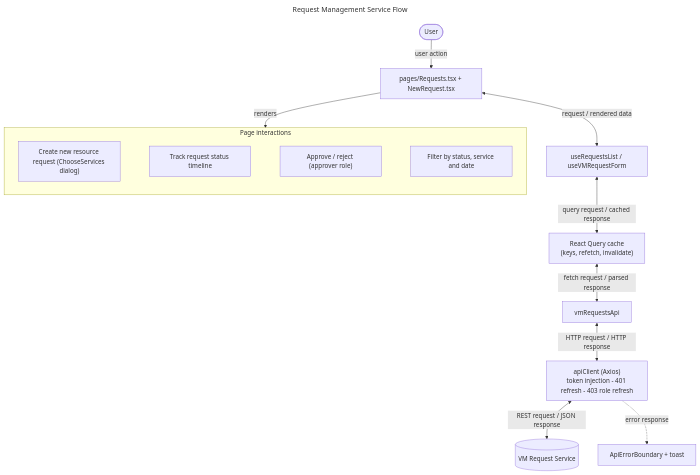
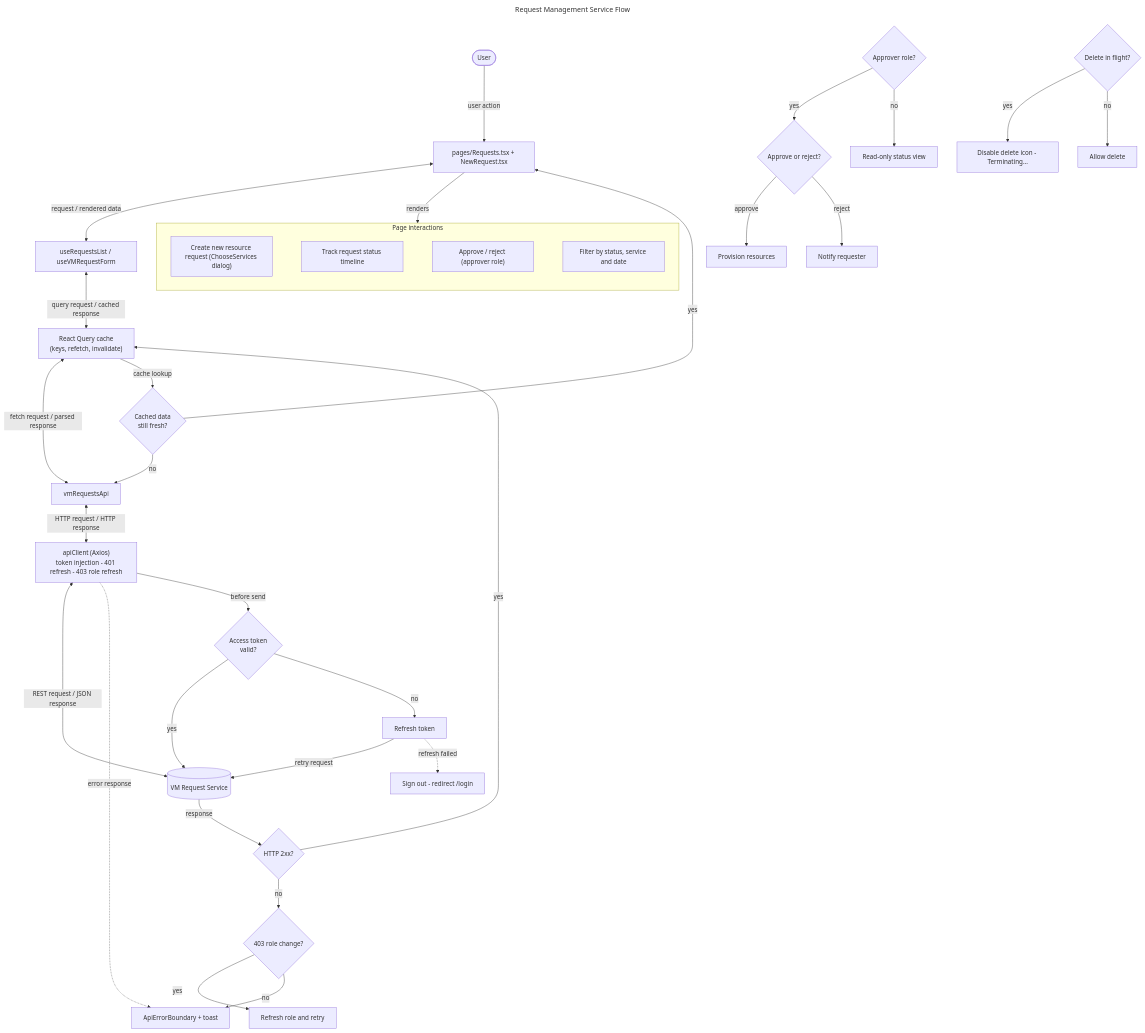
The diagram in docs/flowcharts/requests.mmd (sayeeduddinofficial/user-table-view), drawn with Mermaid before and after one commit. The commit also changed 18 other files, not shown here.

```diff
--- a/docs/flowcharts/requests.mmd
+++ b/docs/flowcharts/requests.mmd
@@ -1,20 +1,42 @@
 ---
 title: Request Management Service Flow
 ---
 flowchart TD
   U([User]) -->|"user action"| P["pages/Requests.tsx + NewRequest.tsx"]
   P <-->|"request / rendered data"| H["useRequestsList / useVMRequestForm"]
   H <-->|"query request / cached response"| Q["React Query cache<br/>(keys, refetch, invalidate)"]
   Q <-->|"fetch request / parsed response"| A["vmRequestsApi"]
   A <-->|"HTTP request / HTTP response"| C["apiClient (Axios)<br/>token injection - 401 refresh - 403 role refresh"]
   C <-->|"REST request / JSON response"| S[("VM Request Service")]
   P -->|"renders"| UI
   subgraph UI[Page interactions]
     direction LR
     S0["Create new resource request (ChooseServices dialog)"]
     S1["Track request status timeline"]
     S2["Approve / reject (approver role)"]
     S3["Filter by status, service and date"]
     S0 ~~~ S1 ~~~ S2 ~~~ S3
   end
   C -. "error response" .-> E["ApiErrorBoundary + toast"]
+
+  %% ---- Condition-based paths ----
+  Q -->|"cache lookup"| D1{"Cached data<br/>still fresh?"}
+  D1 -->|"yes"| P
+  D1 -->|"no"| A
+  C -->|"before send"| D2{"Access token<br/>valid?"}
+  D2 -->|"yes"| S
+  D2 -->|"no"| RT["Refresh token"]
+  RT -->|"retry request"| S
+  RT -. "refresh failed" .-> LO["Sign out - redirect /login"]
+  S -->|"response"| D3{"HTTP 2xx?"}
+  D3 -->|"yes"| Q
+  D3 -->|"no"| D4{"403 role change?"}
+  D4 -->|"yes"| RR["Refresh role and retry"]
+  D4 -->|"no"| E
+  %% ---- Service specific decisions ----
+  X0{"Approver role?"} -->|"yes"| X1{"Approve or reject?"}
+  X0 -->|"no"| X2["Read-only status view"]
+  X1 -->|"approve"| X3["Provision resources"]
+  X1 -->|"reject"| X4["Notify requester"]
+  X5{"Delete in flight?"} -->|"yes"| X6["Disable delete icon - Terminating..."]
+  X5 -->|"no"| X7["Allow delete"]
```
